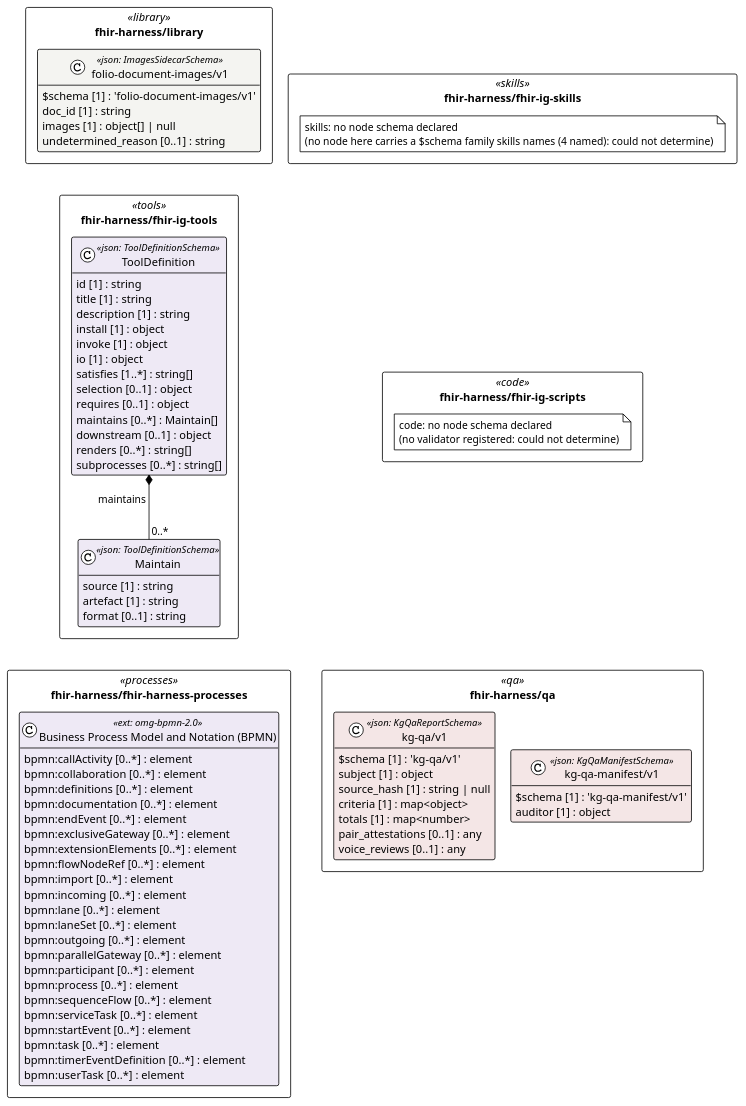
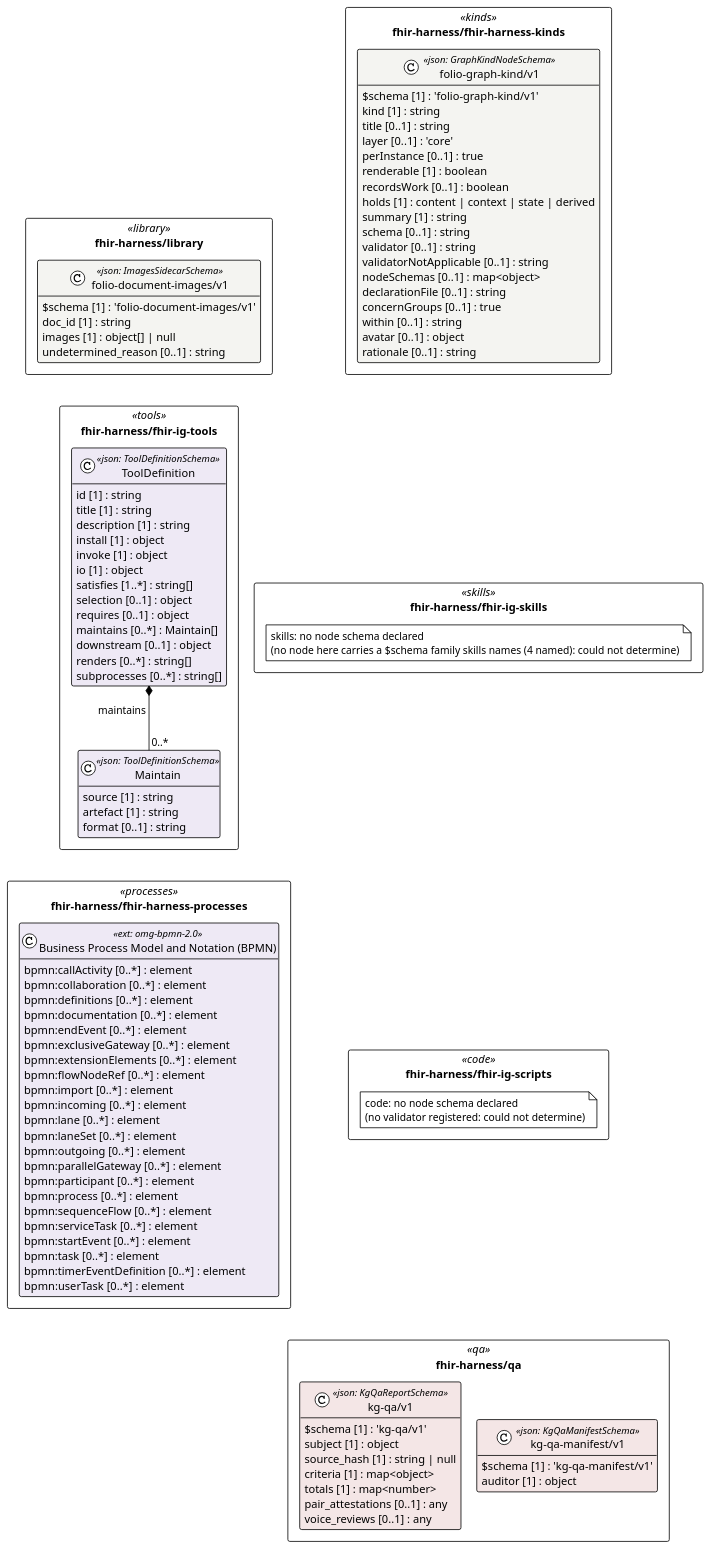
One commit to litlfred/folio-assistant changed the diagram in cat-harness/uml/overview/fhir-harness.puml. Above: the diagram before and after it, drawn with PlantUML. The commit also changed 101 other files, not shown here.

First line of the commit message:
regen for dmx1 (kinds/ READMEs, site data, glossary); kind:register declares it covers the kinds graph

```diff
--- a/cat-harness/uml/overview/fhir-harness.puml
+++ b/cat-harness/uml/overview/fhir-harness.puml
@@ -3,93 +3,116 @@
 @startuml fhir_harness
 !pragma layout elk
 !theme plain
 skinparam classAttributeIconSize 0
 skinparam shadowing false
 skinparam packageStyle rectangle
 hide empty methods
 
+package "fhir-harness/fhir-harness-kinds" as pkg_fhir_harness_fhir_harness_kinds <<kinds>> {
+  class "folio-graph-kind/v1" as fhir_harness_fhir_harness_kinds_folio_graph_kind_v1_folio_graph_kind_v1 <<json: GraphKindNodeSchema>> #f4f4f1 {
+    $schema [1] : 'folio-graph-kind/v1'
+    kind [1] : string
+    title [0..1] : string
+    layer [0..1] : 'core'
+    perInstance [0..1] : true
+    renderable [1] : boolean
+    recordsWork [0..1] : boolean
+    holds [1] : content | context | state | derived
+    summary [1] : string
+    schema [0..1] : string
+    validator [0..1] : string
+    validatorNotApplicable [0..1] : string
+    nodeSchemas [0..1] : map<object>
+    declarationFile [0..1] : string
+    concernGroups [0..1] : true
+    within [0..1] : string
+    avatar [0..1] : object
+    rationale [0..1] : string
+  }
+}
 package "fhir-harness/library" as pkg_fhir_harness_library <<library>> {
   class "folio-document-images/v1" as fhir_harness_library_folio_document_images_v1_folio_document_images_v1 <<json: ImagesSidecarSchema>> #f4f4f1 {
     $schema [1] : 'folio-document-images/v1'
     doc_id [1] : string
     images [1] : object[] | null
     undetermined_reason [0..1] : string
   }
 }
 package "fhir-harness/fhir-ig-skills" as pkg_fhir_harness_fhir_ig_skills <<skills>> {
   note "skills: no node schema declared\n(no node here carries a $schema family skills names (4 named): could not determine)" as n_fhir_harness_fhir_ig_skills_skills
 }
 package "fhir-harness/fhir-ig-tools" as pkg_fhir_harness_fhir_ig_tools <<tools>> {
   class "Maintain" as fhir_harness_fhir_ig_tools_Maintain <<json: ToolDefinitionSchema>> #eee9f5 {
     source [1] : string
     artefact [1] : string
     format [0..1] : string
   }
   class "ToolDefinition" as fhir_harness_fhir_ig_tools_ToolDefinition <<json: ToolDefinitionSchema>> #eee9f5 {
     id [1] : string
     title [1] : string
     description [1] : string
     install [1] : object
     invoke [1] : object
     io [1] : object
     satisfies [1..*] : string[]
     selection [0..1] : object
     requires [0..1] : object
     maintains [0..*] : Maintain[]
     downstream [0..1] : object
     renders [0..*] : string[]
     subprocesses [0..*] : string[]
   }
 }
 package "fhir-harness/fhir-ig-scripts" as pkg_fhir_harness_fhir_ig_scripts <<code>> {
   note "code: no node schema declared\n(no validator registered: could not determine)" as n_fhir_harness_fhir_ig_scripts_code
 }
 package "fhir-harness/fhir-harness-processes" as pkg_fhir_harness_fhir_harness_processes <<processes>> {
   class "Business Process Model and Notation (BPMN)" as fhir_harness_fhir_harness_processes_omg_bpmn_2_0 <<ext: omg-bpmn-2.0>> #eee9f5 {
     bpmn:callActivity [0..*] : element
     bpmn:collaboration [0..*] : element
     bpmn:definitions [0..*] : element
     bpmn:documentation [0..*] : element
     bpmn:endEvent [0..*] : element
     bpmn:exclusiveGateway [0..*] : element
     bpmn:extensionElements [0..*] : element
     bpmn:flowNodeRef [0..*] : element
     bpmn:import [0..*] : element
     bpmn:incoming [0..*] : element
     bpmn:lane [0..*] : element
     bpmn:laneSet [0..*] : element
     bpmn:outgoing [0..*] : element
     bpmn:parallelGateway [0..*] : element
     bpmn:participant [0..*] : element
     bpmn:process [0..*] : element
     bpmn:sequenceFlow [0..*] : element
     bpmn:serviceTask [0..*] : element
     bpmn:startEvent [0..*] : element
     bpmn:task [0..*] : element
     bpmn:timerEventDefinition [0..*] : element
     bpmn:userTask [0..*] : element
   }
 }
 package "fhir-harness/qa" as pkg_fhir_harness_qa <<qa>> {
   class "kg-qa/v1" as fhir_harness_qa_kg_qa_v1_kg_qa_v1 <<json: KgQaReportSchema>> #f4e6e6 {
     $schema [1] : 'kg-qa/v1'
     subject [1] : object
     source_hash [1] : string | null
     criteria [1] : map<object>
     totals [1] : map<number>
     pair_attestations [0..1] : any
     voice_reviews [0..1] : any
   }
   class "kg-qa-manifest/v1" as fhir_harness_qa_kg_qa_manifest_v1_kg_qa_manifest_v1 <<json: KgQaManifestSchema>> #f4e6e6 {
     $schema [1] : 'kg-qa-manifest/v1'
     auditor [1] : object
   }
 }
 
 fhir_harness_fhir_ig_tools_ToolDefinition *-- "0..*" fhir_harness_fhir_ig_tools_Maintain : maintains
-' grid: portrait, 2 column(s) — pkg_fhir_harness_library pkg_fhir_harness_fhir_ig_skills pkg_fhir_harness_fhir_ig_tools pkg_fhir_harness_fhir_ig_scripts pkg_fhir_harness_fhir_harness_processes pkg_fhir_harness_qa
+' grid: portrait, 2 column(s) — pkg_fhir_harness_fhir_harness_kinds pkg_fhir_harness_library pkg_fhir_harness_fhir_ig_skills pkg_fhir_harness_fhir_ig_tools pkg_fhir_harness_fhir_ig_scripts pkg_fhir_harness_fhir_harness_processes pkg_fhir_harness_qa
+pkg_fhir_harness_fhir_harness_kinds -[hidden]down- pkg_fhir_harness_fhir_ig_skills
 pkg_fhir_harness_library -[hidden]down- pkg_fhir_harness_fhir_ig_tools
 pkg_fhir_harness_fhir_ig_skills -[hidden]down- pkg_fhir_harness_fhir_ig_scripts
 pkg_fhir_harness_fhir_ig_tools -[hidden]down- pkg_fhir_harness_fhir_harness_processes
 pkg_fhir_harness_fhir_ig_scripts -[hidden]down- pkg_fhir_harness_qa
 @enduml
```
